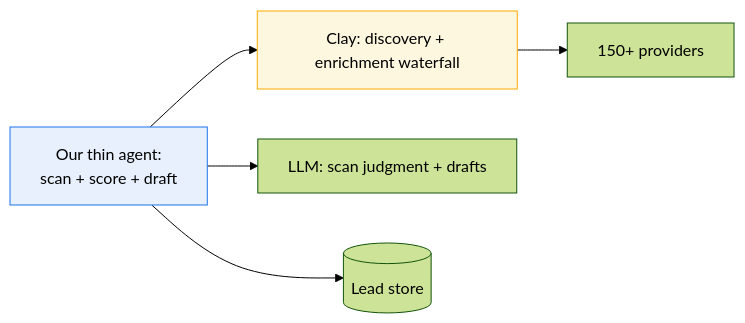
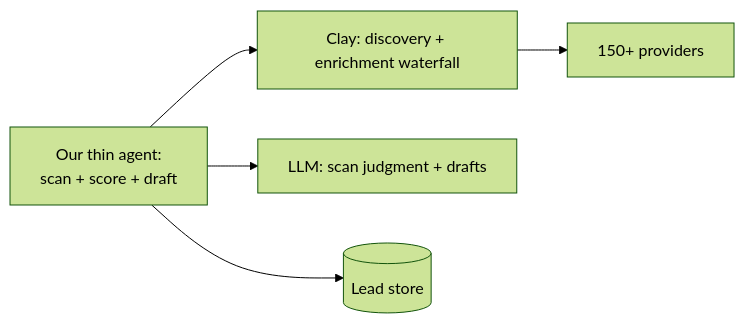
The sixth of 13 diagrams in bytesofpurpose-blog/designs/2026-06-21-ecommerce-site-scanner-and-lead-generation-engine.mdx (omars-lab/omars-lab.github.io), drawn with Mermaid (forest theme) before and after one commit. The commit also changed other lines of this file and 6 other files, not shown here.

First line of the commit message:
feat(designs): on-brand mermaid theme + dark-mode-adaptive diagrams

````diff
--- a/bytesofpurpose-blog/designs/2026-06-21-ecommerce-site-scanner-and-lead-generation-engine.mdx
+++ b/bytesofpurpose-blog/designs/2026-06-21-ecommerce-site-scanner-and-lead-generation-engine.mdx
@@ -463,9 +447,7 @@
 ```mermaid
 graph LR
     OURS[Our thin agent:<br/>scan + score + draft] --> CLAY[Clay: discovery + enrichment waterfall]
     CLAY --> PROV[150+ providers]
     OURS --> LLM[LLM: scan judgment + drafts]
     OURS --> STORE[(Lead store)]
-    style CLAY fill:#fef7e0,stroke:#f9ab00
-    style OURS fill:#e8f0fe,stroke:#1a73e8
 ```
````
